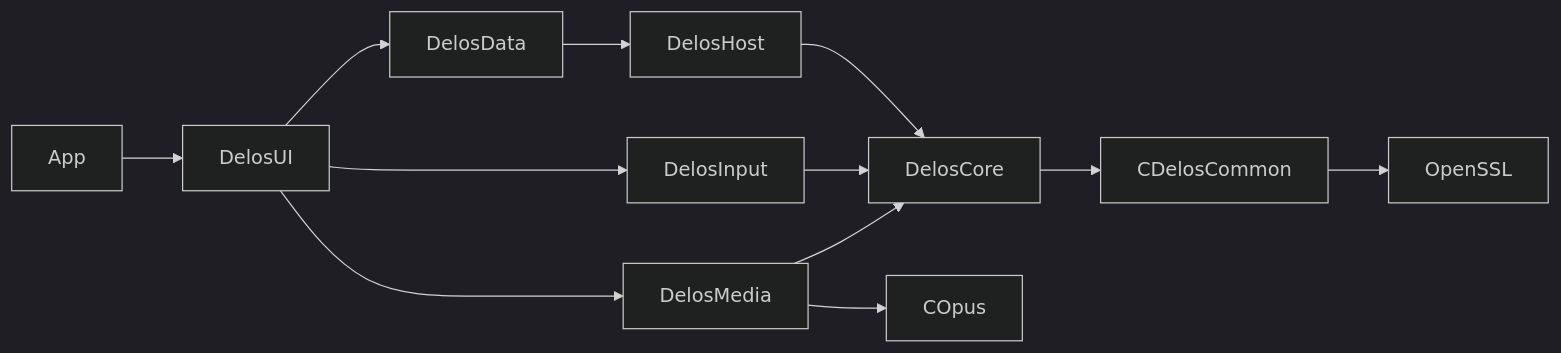
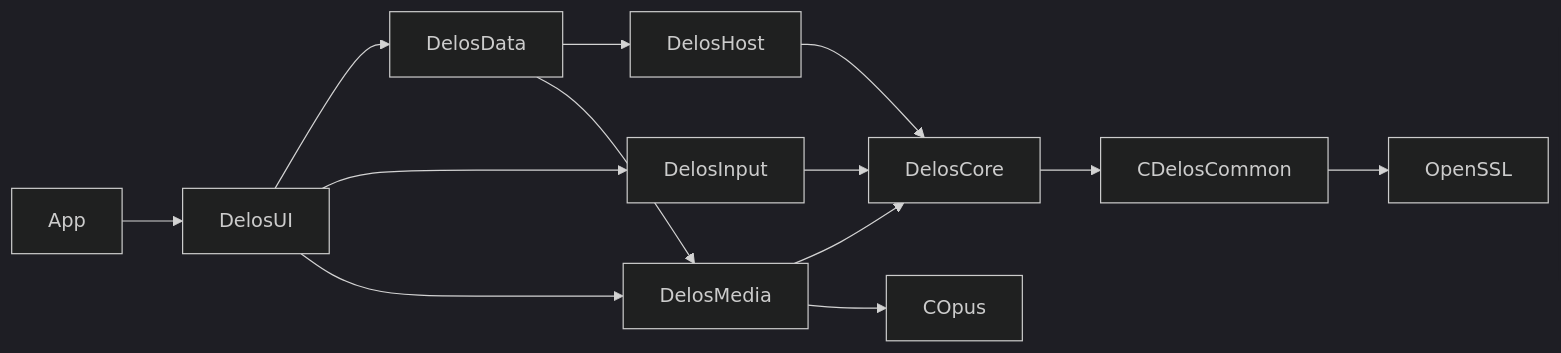
Before and after one commit to DELOS-STREAM/DELOS-apple: the diagram in docs/ARCHITECTURE.md, drawn with Mermaid (dark theme). The commit also changed other lines of this file and 6 other files, not shown here.

````diff
--- a/docs/ARCHITECTURE.md
+++ b/docs/ARCHITECTURE.md
@@ -23,14 +23,15 @@
 ```mermaid
 graph LR
   App --> DelosUI
   DelosUI --> DelosData
   DelosUI --> DelosInput
   DelosUI --> DelosMedia
   DelosData --> DelosHost
+  DelosData --> DelosMedia
   DelosHost --> DelosCore
   DelosMedia --> DelosCore
   DelosMedia --> COpus
   DelosCore --> CDelosCommon
   CDelosCommon --> OpenSSL
   DelosInput --> DelosCore
 ```
````
